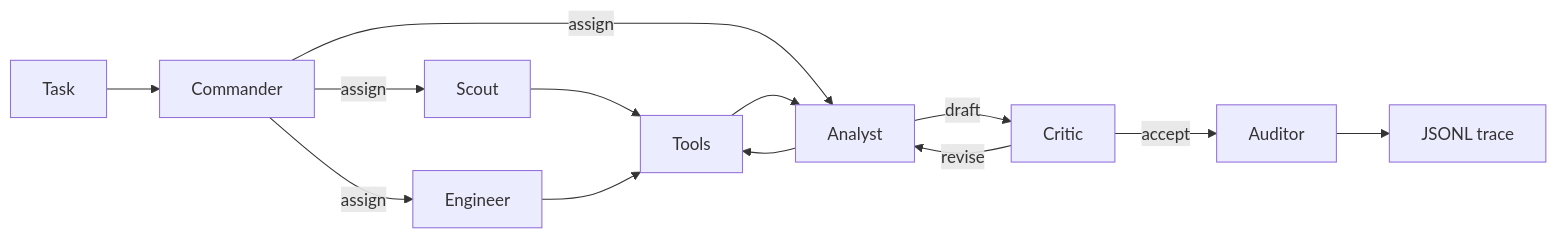
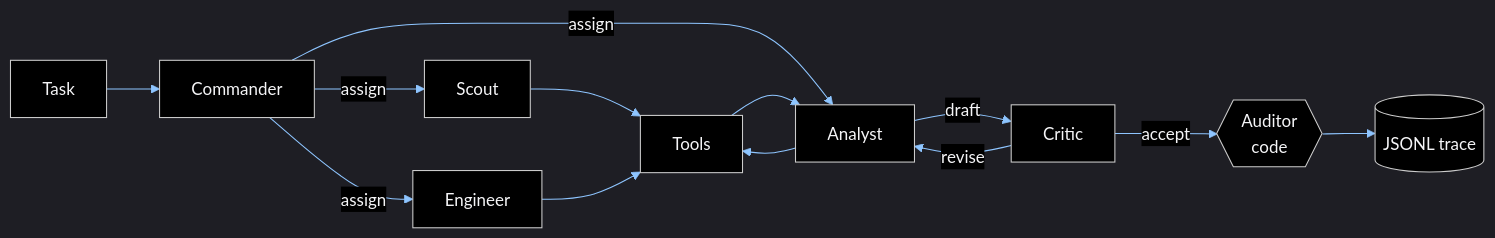
Before and after one commit to shmorsi/orbit-multi-agent: the second of 2 diagrams in README.md, drawn with Mermaid. The commit also changed other lines of this file and 14 other files, not shown here.

````diff
--- a/README.md
+++ b/README.md
@@ -219,15 +248,16 @@
 ```mermaid
+%%{init: {"theme": "dark", "themeVariables": {"background": "#000000", "mainBkg": "#000000", "primaryColor": "#000000", "primaryTextColor": "#f5f5f7", "primaryBorderColor": "#8ec5ff", "secondaryColor": "#000000", "tertiaryColor": "#000000", "lineColor": "#8ec5ff", "textColor": "#f5f5f7", "edgeLabelBackground": "#000000", "fontFamily": "Inter Tight, Helvetica, Arial, sans-serif"}}}%%
 flowchart LR
   task[Task] --> commander[Commander]
   commander -->|assign| scout[Scout]
   commander -->|assign| engineer[Engineer]
   commander -->|assign| analyst[Analyst]
   scout --> tools[Tools]
   engineer --> tools
   analyst --> tools
   tools --> analyst
   analyst -->|draft| critic[Critic]
   critic -->|revise| analyst
-  critic -->|accept| auditor[Auditor]
-  auditor --> trace[JSONL trace]
+  critic -->|accept| auditor{{"Auditor<br/>code"}}
+  auditor --> trace[(JSONL trace)]
 ```
````
